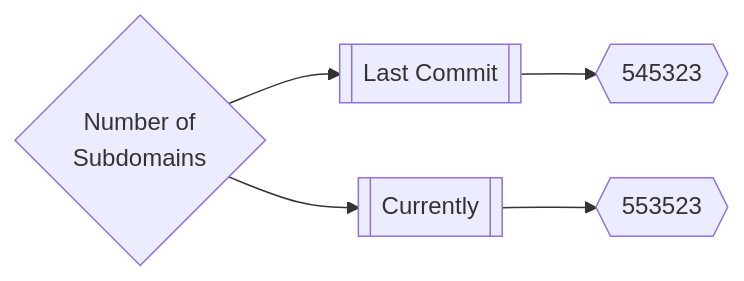
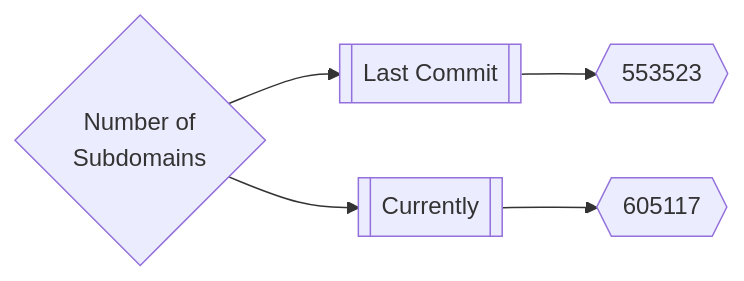
Before and after one commit to trickest/inventory: the first of 3 diagrams in README.md, drawn with Mermaid. The commit also changed other lines of this file, not shown here.

````diff
--- a/README.md
+++ b/README.md
@@ -165,5 +165,5 @@
 ```mermaid
 graph LR
-title{Number of<br>Subdomains} --> subdomainsDate1[[Last Commit]] --> subdomainsNum1{{545323}}
-title --> subdomainsDate2[[Currently]] --> subdomainsNum2{{553523}}
+title{Number of<br>Subdomains} --> subdomainsDate1[[Last Commit]] --> subdomainsNum1{{553523}}
+title --> subdomainsDate2[[Currently]] --> subdomainsNum2{{605117}}
 ```
````
